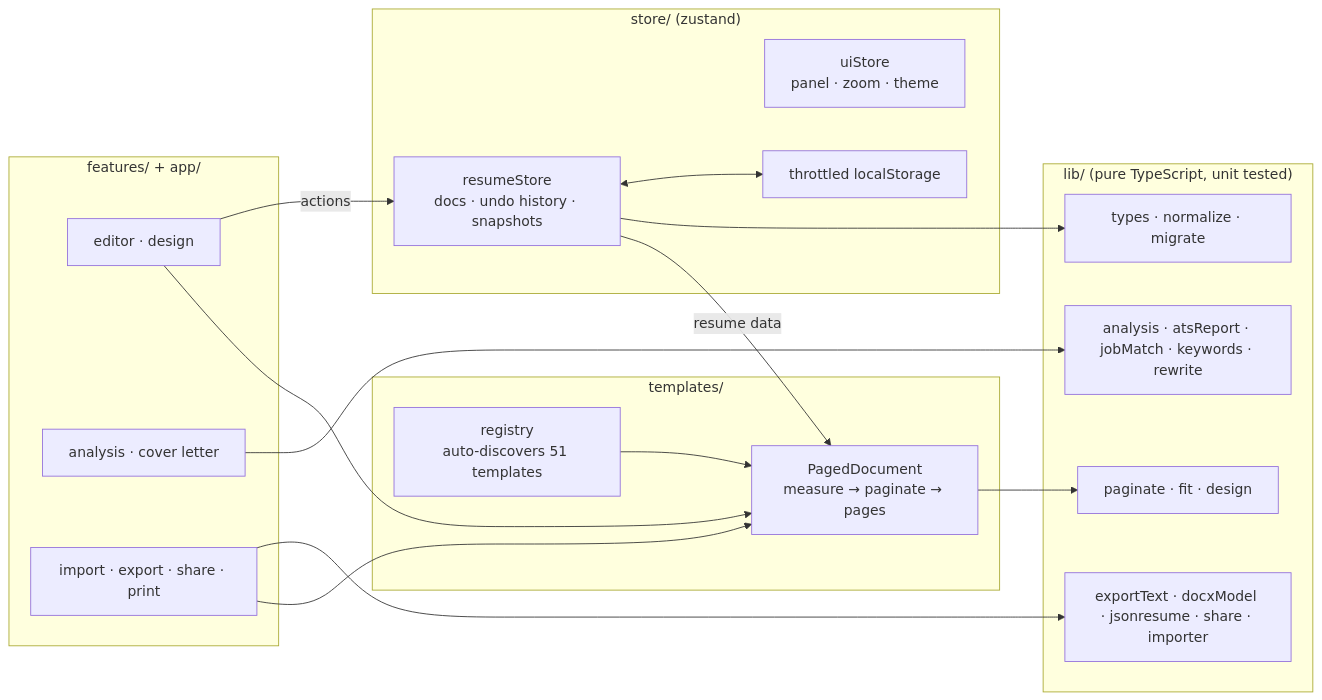
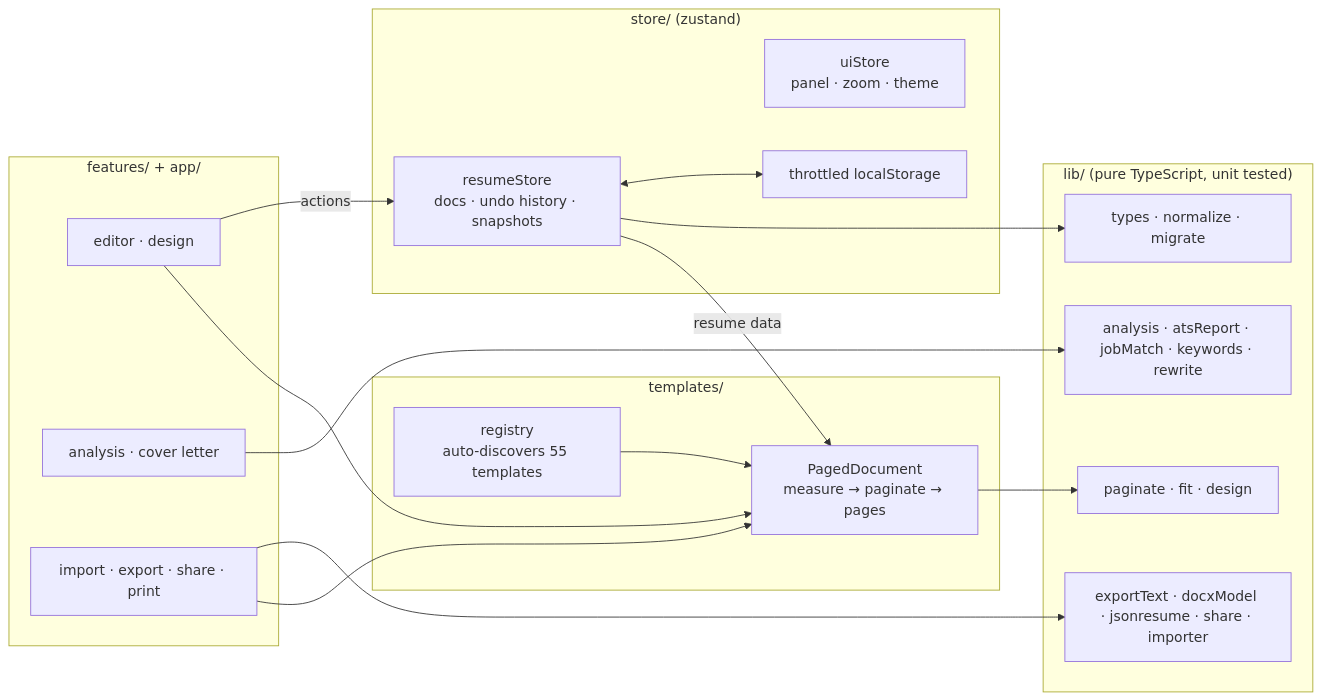
One commit to Jeevan2410/resumeforge changed the diagram in README.md. Above: the diagram before and after it, drawn with Mermaid. The commit also changed other lines of this file and 15 other files, not shown here.

````diff
--- a/README.md
+++ b/README.md
@@ -123,33 +125,33 @@
 ```mermaid
 flowchart LR
   subgraph Store["store/ (zustand)"]
     RS[resumeStore<br/>docs · undo history · snapshots]
     UI[uiStore<br/>panel · zoom · theme]
     ST[throttled localStorage]
   end
   subgraph Lib["lib/ (pure TypeScript, unit tested)"]
     M[types · normalize · migrate]
     A[analysis · atsReport · jobMatch · keywords · rewrite]
     X[exportText · docxModel · jsonresume · share · importer]
     P[paginate · fit · design]
   end
   subgraph Templates["templates/"]
-    REG[registry<br/>auto-discovers 51 templates]
+    REG[registry<br/>auto-discovers 55 templates]
     PD[PagedDocument<br/>measure → paginate → pages]
   end
   subgraph Features["features/ + app/"]
     ED[editor · design]
     AN[analysis · cover letter]
     IO[import · export · share · print]
   end
   RS <--> ST
   RS --> M
   ED -- actions --> RS
   RS -- resume data --> PD
   REG --> PD
   PD --> P
   AN --> A
   IO --> X
   IO --> PD
   ED --> PD
 ```
````
